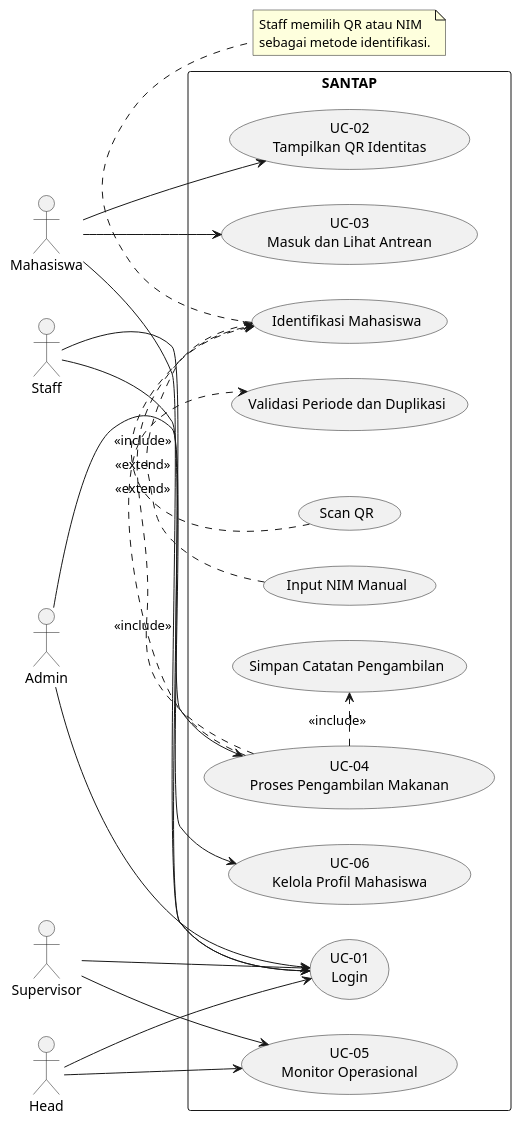
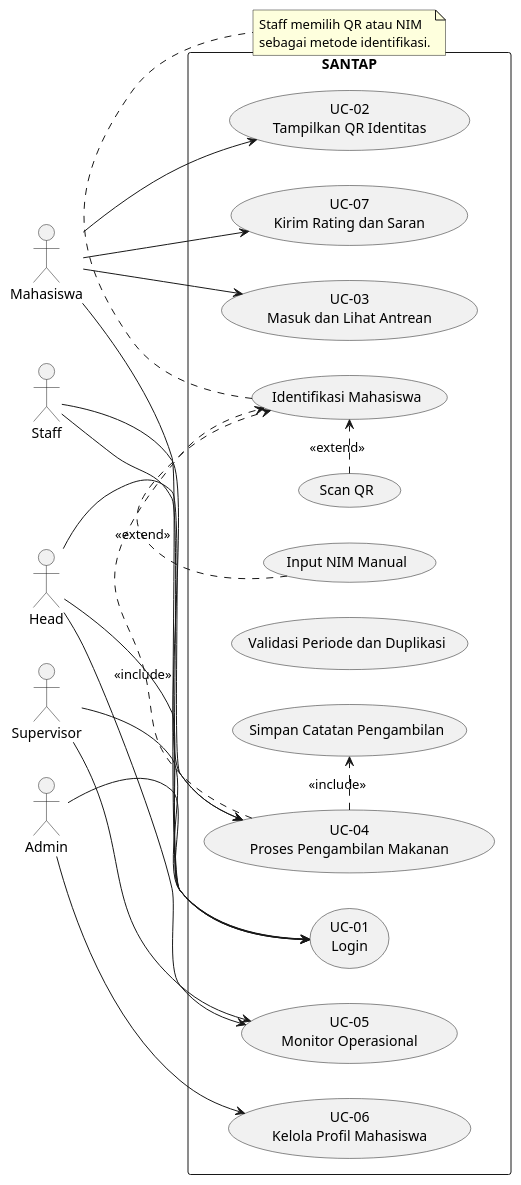
The diagram in SANTAP_USE_CASE.puml (deedisini/santap-react), drawn with PlantUML before and after one commit. The commit also changed 63 other files, not shown here.

```diff
--- a/SANTAP_USE_CASE.puml
+++ b/SANTAP_USE_CASE.puml
@@ -1,47 +1,50 @@
 @startuml SANTAP_USE_CASE
 left to right direction
 skinparam packageStyle rectangle
 
 actor Mahasiswa
 actor Staff
 actor Supervisor
 actor Head
 actor Admin
 
 rectangle "SANTAP" {
   usecase "UC-01\nLogin" as UC01
   usecase "UC-02\nTampilkan QR Identitas" as UC02
   usecase "UC-03\nMasuk dan Lihat Antrean" as UC03
   usecase "UC-04\nProses Pengambilan Makanan" as UC04
   usecase "UC-05\nMonitor Operasional" as UC05
   usecase "UC-06\nKelola Profil Mahasiswa" as UC06
+  usecase "UC-07\nKirim Rating dan Saran" as UC07
   usecase "Identifikasi Mahasiswa" as UCA
   usecase "Scan QR" as UCB
   usecase "Input NIM Manual" as UCC
   usecase "Validasi Periode dan Duplikasi" as UCD
   usecase "Simpan Catatan Pengambilan" as UCE
 }
 
 Mahasiswa --> UC01
 Mahasiswa --> UC02
 Mahasiswa --> UC03
+Mahasiswa --> UC07
 Staff --> UC01
 Staff --> UC04
 Supervisor --> UC01
 Supervisor --> UC05
 Head --> UC01
 Head --> UC05
+Head --> UC04
 Admin --> UC01
 Admin --> UC06
 
 UC04 .> UCA : <<include>>
 UC04 .> UCD : <<include>>
 UC04 .> UCE : <<include>>
 UCB .> UCA : <<extend>>
 UCC .> UCA : <<extend>>
 
 note bottom of UCA
   Staff memilih QR atau NIM
   sebagai metode identifikasi.
 end note
 @enduml
```
